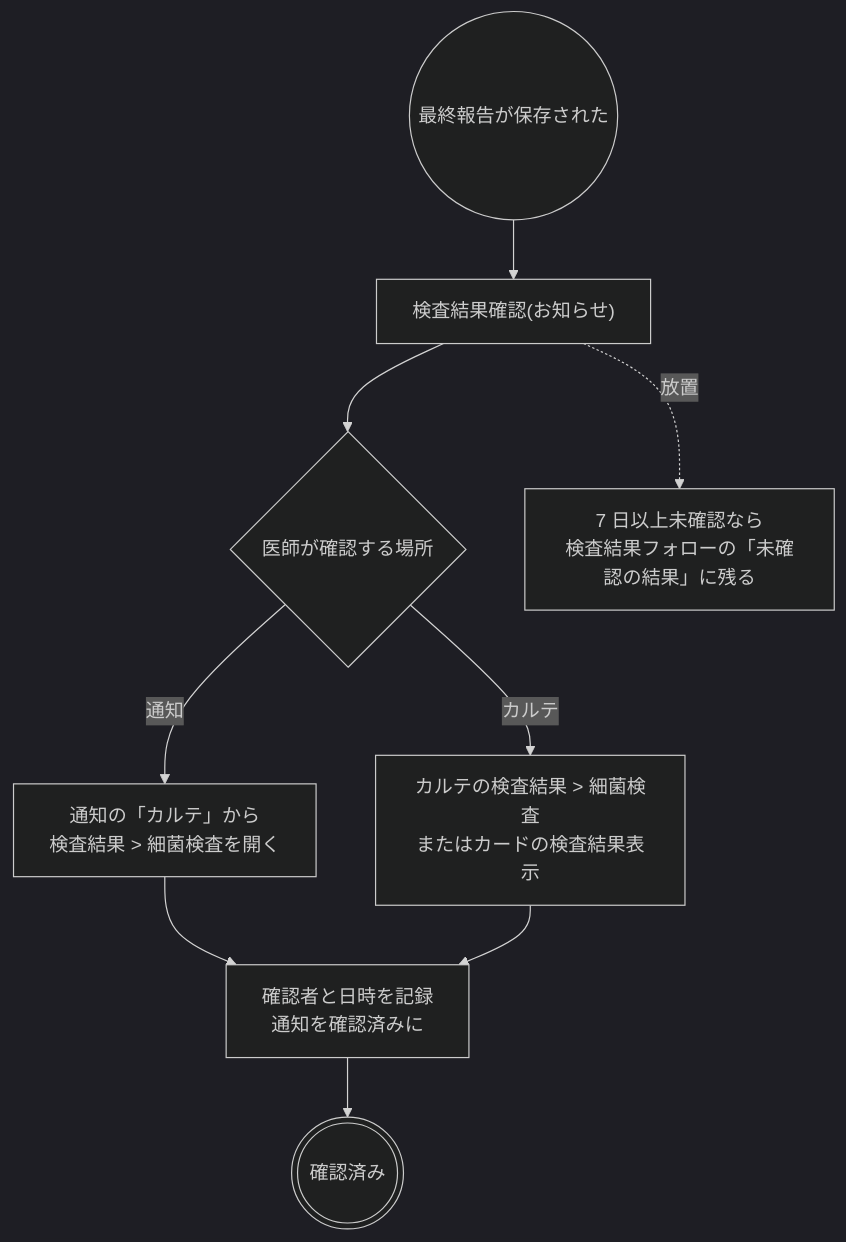
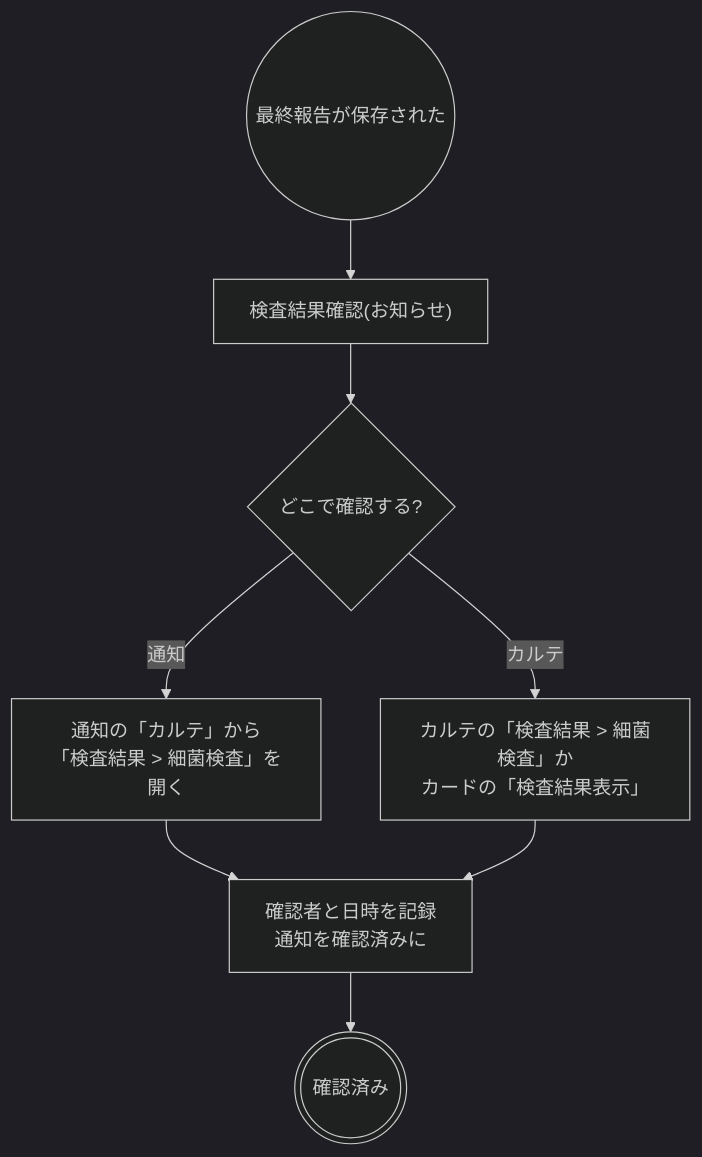
Before and after one commit to ysnr-dev/fhir-client-docs: the sixth of 6 diagrams in docs/flows/micro.md, drawn with Mermaid (dark theme). The commit also changed other lines of this file and 43 other files, not shown here.

Commit message:
docs: 業務フローとシーケンス図を写し直し

````diff
--- a/docs/flows/micro.md
+++ b/docs/flows/micro.md
@@ -224,17 +280,15 @@
 ```mermaid
 flowchart TD
   saved(("最終報告が保存された"))
   notice["検査結果確認(お知らせ)"]
-  where{"医師が確認する場所"}
-  fromList["通知の「カルテ」から<br/>検査結果 > 細菌検査を開く"]
-  fromKarte["カルテの検査結果 > 細菌検査<br/>またはカードの検査結果表示"]
+  where{"どこで確認する?"}
+  fromList["通知の「カルテ」から<br/>「検査結果 > 細菌検査」を開く"]
+  fromKarte["カルテの「検査結果 > 細菌検査」か<br/>カードの「検査結果表示」"]
   recorded["確認者と日時を記録<br/>通知を確認済みに"]
-  stale["7 日以上未確認なら<br/>検査結果フォローの「未確認の結果」に残る"]
   done((("確認済み")))
 
   saved --> notice --> where
   where -- "通知" --> fromList --> recorded
   where -- "カルテ" --> fromKarte --> recorded
   recorded --> done
-  notice -. "放置" .-> stale
 ```
````
